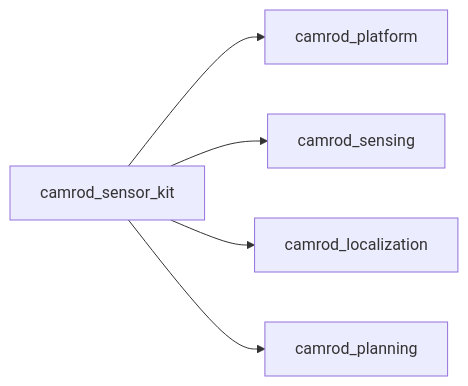
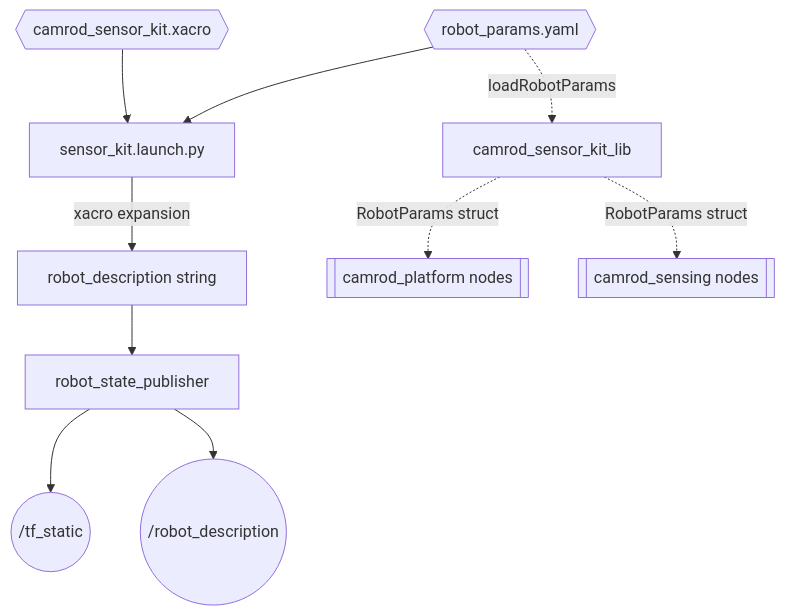
One commit to hwanhonglee/CAMROD changed the second of 2 diagrams in camrod_sensor_kit/README.md. Above: the diagram before and after it, drawn with Mermaid. The commit also changed other lines of this file and 15 other files, not shown here.

First line of the commit message:
docs: full README refactor — 12-section standard, diagrams, interface contracts (v1.10)

````diff
--- a/camrod_sensor_kit/README.md
+++ b/camrod_sensor_kit/README.md
@@ -64,7 +78,13 @@
 ```mermaid
-graph LR
-  SKIT[camrod_sensor_kit] --> PLAT[camrod_platform]
-  SKIT --> SENS[camrod_sensing]
-  SKIT --> LOC[camrod_localization]
-  SKIT --> PLAN[camrod_planning]
+graph TD
+  YAML{{robot_params.yaml}} --> LAUNCH[sensor_kit.launch.py]
+  XACRO{{camrod_sensor_kit.xacro}} --> LAUNCH
+  LAUNCH -->|xacro expansion| DESC[robot_description string]
+  DESC --> RSP[robot_state_publisher]
+  RSP --> TFSTATIC((/tf_static))
+  RSP --> URDESC((/robot_description))
+
+  YAML -. loadRobotParams .-> LIB[camrod_sensor_kit_lib]
+  LIB -. RobotParams struct .-> PLAT[[camrod_platform nodes]]
+  LIB -. RobotParams struct .-> SENS[[camrod_sensing nodes]]
 ```
````
